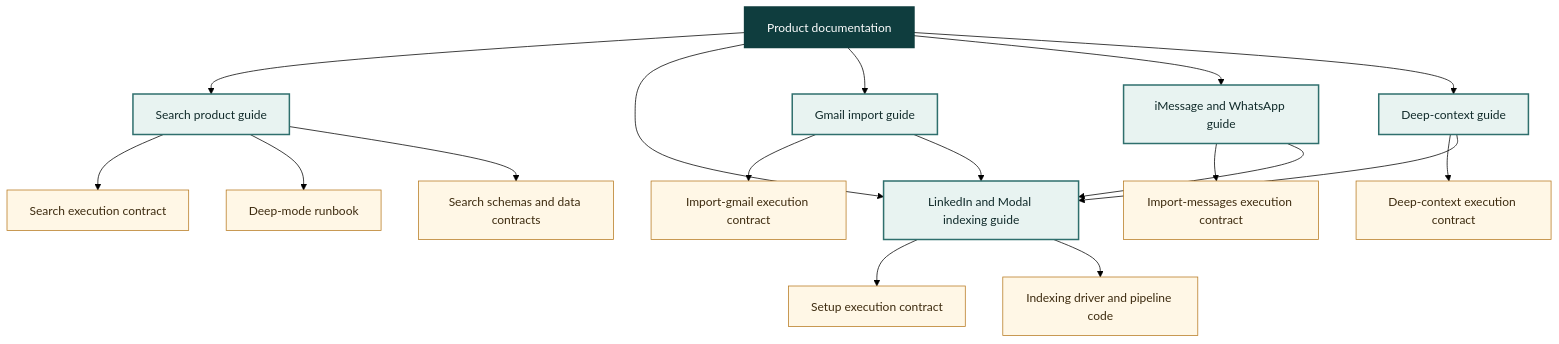
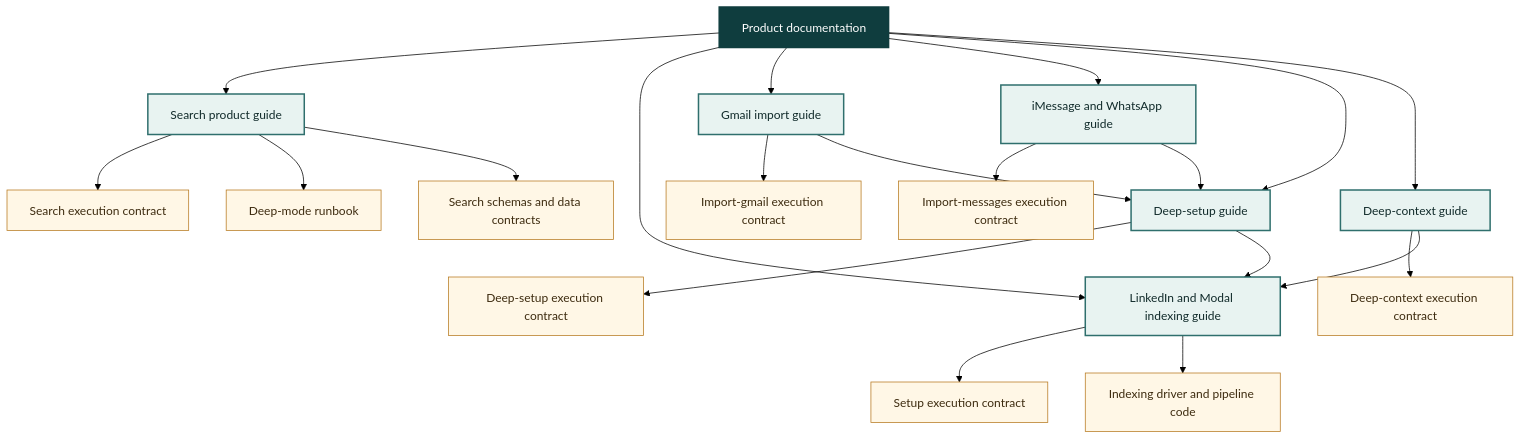
Before and after one commit to powerset-co/powerpacks: the diagram in docs/README.md, drawn with Mermaid (forest theme). The commit also changed other lines of this file and 6 other files, not shown here.

First line of the commit message:
docs: document $deep-setup and the import->process split across all guides

````diff
--- a/docs/README.md
+++ b/docs/README.md
@@ -23,26 +24,29 @@
 ```mermaid
 flowchart TD
     HOME[Product documentation] --> SEARCH[Search product guide]
     HOME --> INDEX[LinkedIn and Modal indexing guide]
     HOME --> GMAIL[Gmail import guide]
     HOME --> MESSAGES[iMessage and WhatsApp guide]
+    HOME --> DEEPSETUP[Deep-setup guide]
     HOME --> CONTEXT[Deep-context guide]
     SEARCH --> SEARCHSKILL[Search execution contract]
     SEARCH --> DEEP[Deep-mode runbook]
     SEARCH --> CONTRACTS[Search schemas and data contracts]
     INDEX --> SETUP[Setup execution contract]
     INDEX --> CODE[Indexing driver and pipeline code]
     GMAIL --> GMAILSKILL[Import-gmail execution contract]
-    GMAIL --> INDEX
+    GMAIL --> DEEPSETUP
     MESSAGES --> MESSAGESKILL[Import-messages execution contract]
-    MESSAGES --> INDEX
+    MESSAGES --> DEEPSETUP
+    DEEPSETUP --> DEEPSETUPSKILL[Deep-setup execution contract]
+    DEEPSETUP --> INDEX
     CONTEXT --> CONTEXTSKILL[Deep-context execution contract]
     CONTEXT --> INDEX
 
     classDef home fill:#0f3d3e,color:#ffffff,stroke:#0f3d3e,stroke-width:2px;
     classDef guide fill:#e8f3f1,color:#102a2a,stroke:#2f6f6d,stroke-width:2px;
     classDef detail fill:#fff7e6,color:#3d2b0f,stroke:#b7791f;
     class HOME home;
-    class SEARCH,INDEX,GMAIL,MESSAGES,CONTEXT guide;
-    class SEARCHSKILL,DEEP,CONTRACTS,SETUP,CODE,GMAILSKILL,MESSAGESKILL,CONTEXTSKILL detail;
+    class SEARCH,INDEX,GMAIL,MESSAGES,DEEPSETUP,CONTEXT guide;
+    class SEARCHSKILL,DEEP,CONTRACTS,SETUP,CODE,GMAILSKILL,MESSAGESKILL,DEEPSETUPSKILL,CONTEXTSKILL detail;
 ```
````
